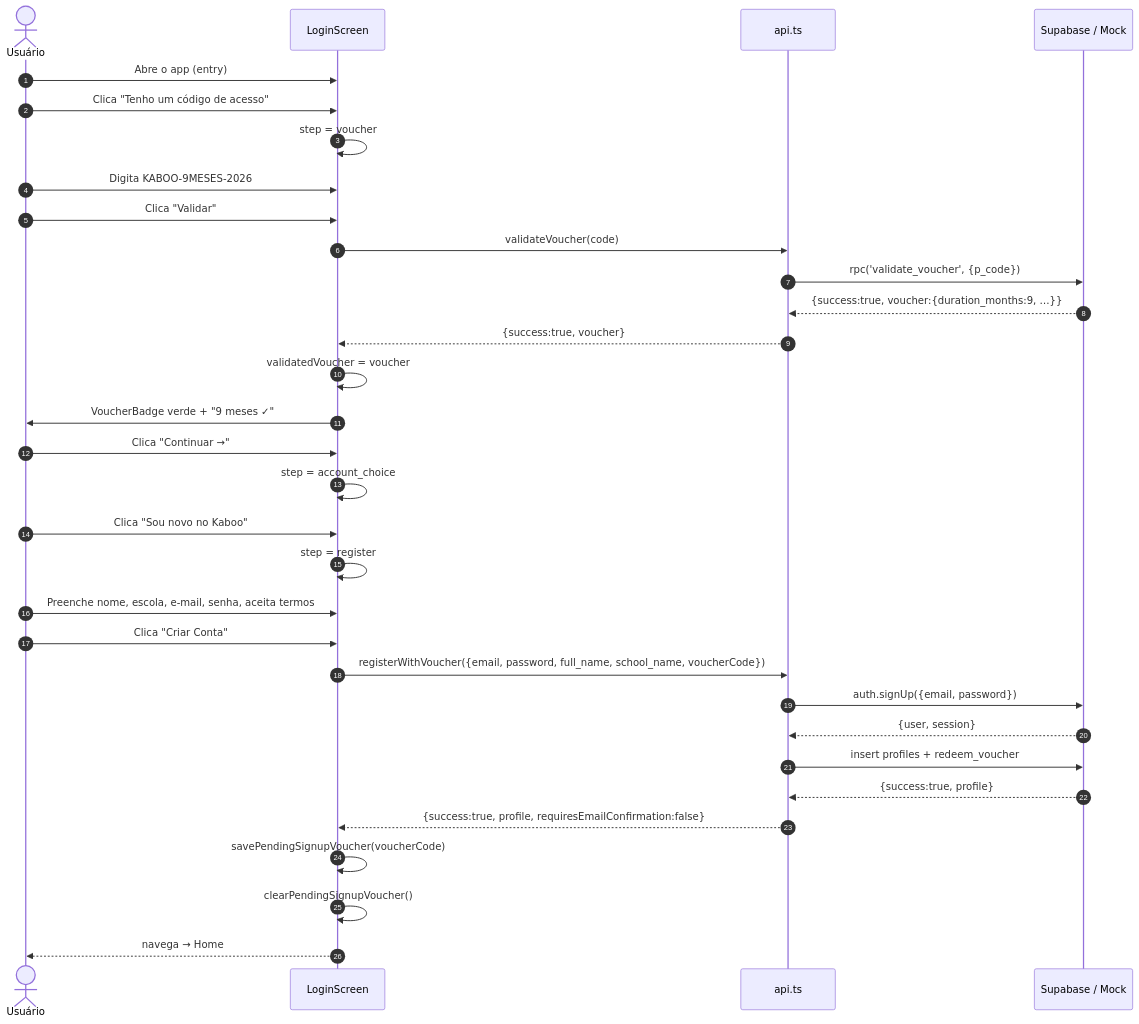
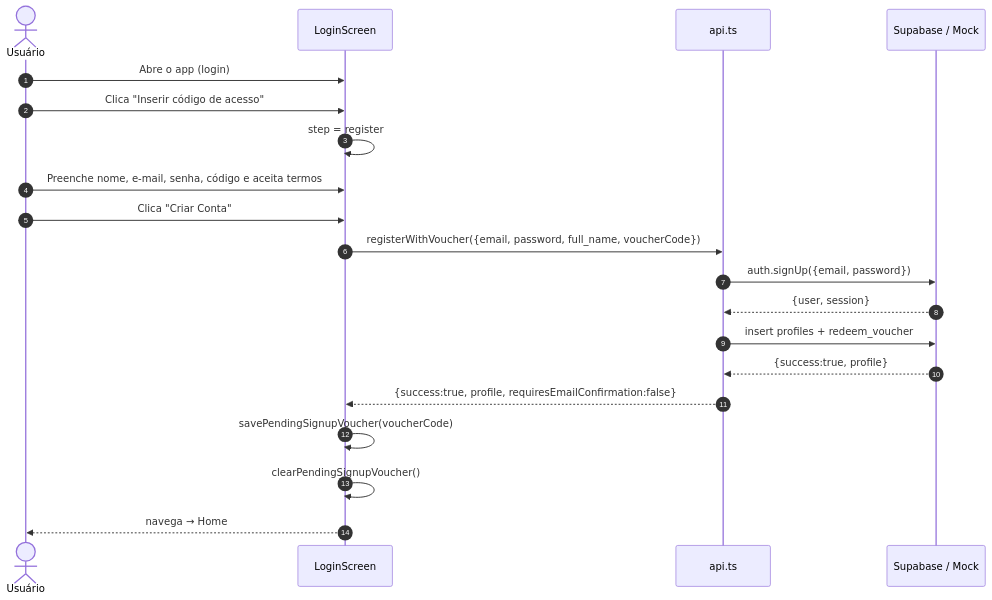
The second of 15 diagrams in docs/JORNADAS.md (fabioaap/mundo-de-kaboo-1), drawn with Mermaid before and after one commit. The commit also changed other lines of this file and 107 other files, not shown here.

````diff
--- a/docs/JORNADAS.md
+++ b/docs/JORNADAS.md
@@ -84,40 +96,25 @@
 ```mermaid
 sequenceDiagram
     autonumber
     actor U as Usuário
     participant LS as LoginScreen
     participant API as api.ts
     participant SB as Supabase / Mock
 
-    U->>LS: Abre o app (entry)
-    U->>LS: Clica "Tenho um código de acesso"
-    LS->>LS: step = voucher
-
-    U->>LS: Digita KABOO-9MESES-2026
-    U->>LS: Clica "Validar"
-    LS->>API: validateVoucher(code)
-    API->>SB: rpc('validate_voucher', {p_code})
-    SB-->>API: {success:true, voucher:{duration_months:9, …}}
-    API-->>LS: {success:true, voucher}
-    LS->>LS: validatedVoucher = voucher
-    LS->>U: VoucherBadge verde + "9 meses ✓"
-
-    U->>LS: Clica "Continuar →"
-    LS->>LS: step = account_choice
-
-    U->>LS: Clica "Sou novo no Kaboo"
+    U->>LS: Abre o app (login)
+    U->>LS: Clica "Inserir código de acesso"
     LS->>LS: step = register
 
-    U->>LS: Preenche nome, escola, e-mail, senha, aceita termos
+    U->>LS: Preenche nome, e-mail, senha, código e aceita termos
     U->>LS: Clica "Criar Conta"
-    LS->>API: registerWithVoucher({email, password, full_name, school_name, voucherCode})
+    LS->>API: registerWithVoucher({email, password, full_name, voucherCode})
     API->>SB: auth.signUp({email, password})
     SB-->>API: {user, session}
     API->>SB: insert profiles + redeem_voucher
     SB-->>API: {success:true, profile}
     API-->>LS: {success:true, profile, requiresEmailConfirmation:false}
 
     LS->>LS: savePendingSignupVoucher(voucherCode)
     LS->>LS: clearPendingSignupVoucher()
     LS-->>U: navega → Home
 ```
````
